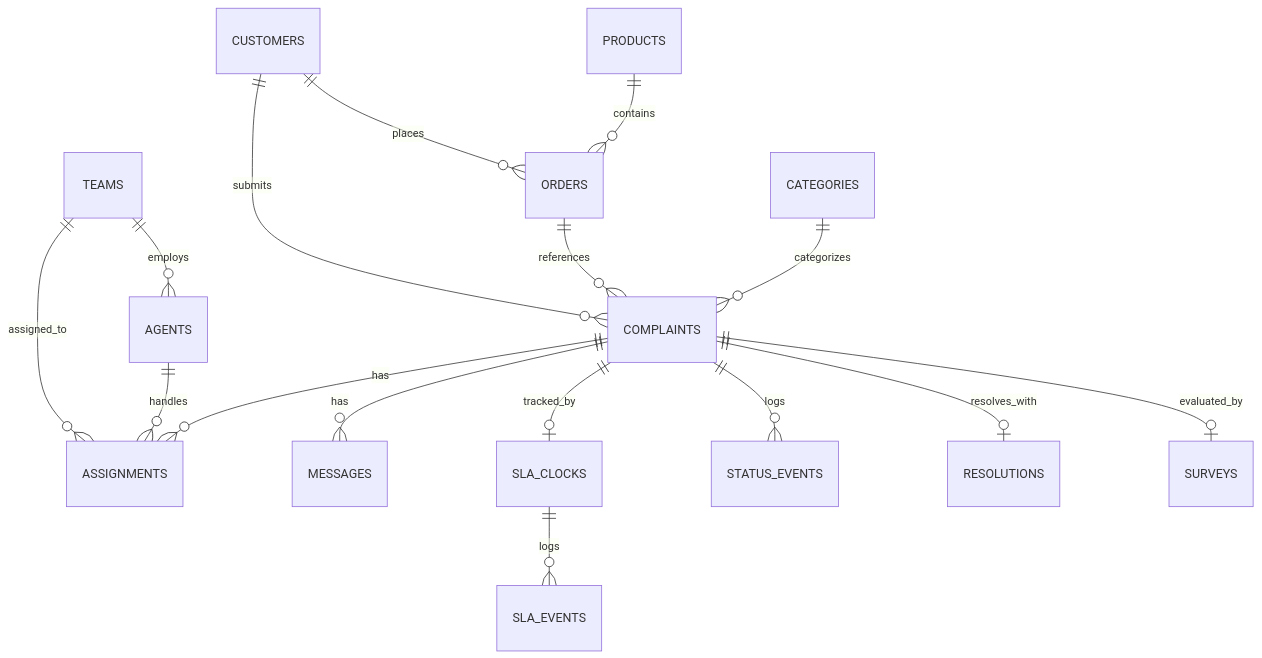
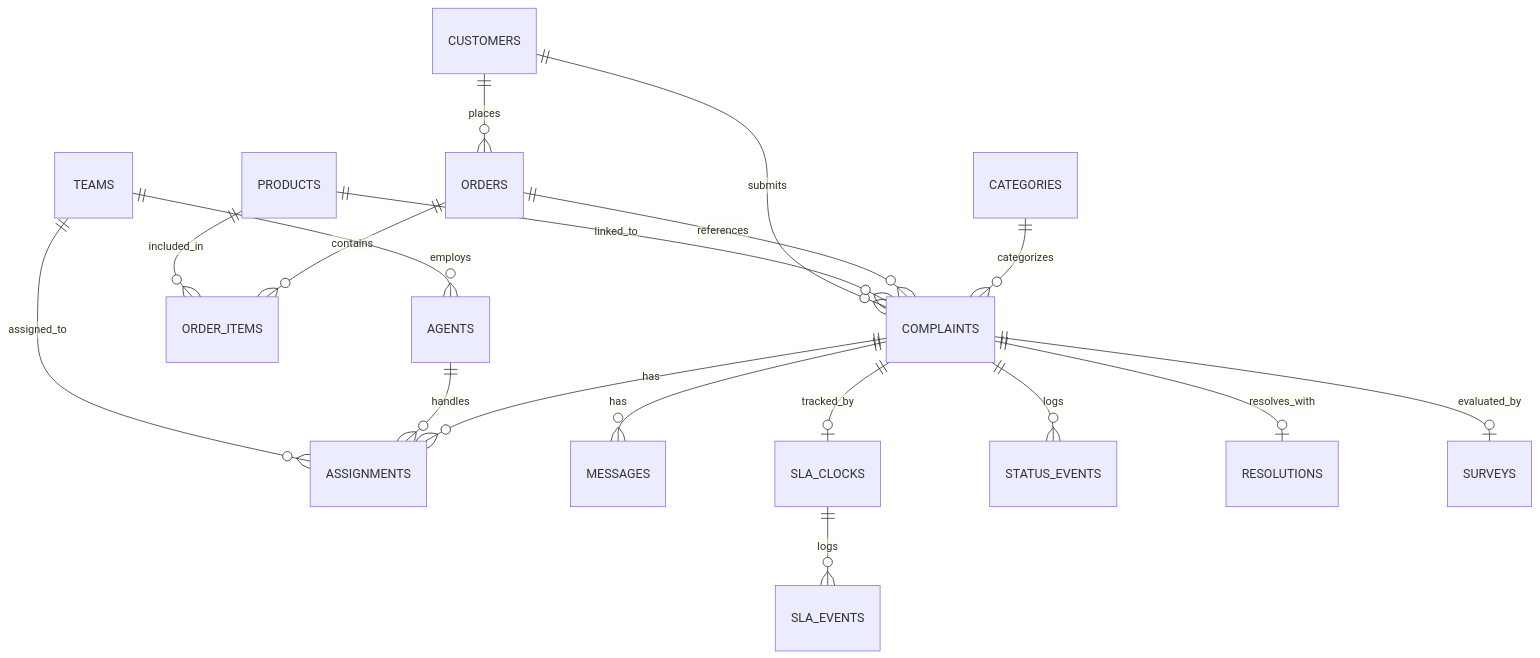
Before and after one commit to raghu-122/Complaint_Intelligence_Platform: the second of 2 diagrams in README.md, drawn with Mermaid. The commit also changed other lines of this file and 24 other files, not shown here.

````diff
--- a/README.md
+++ b/README.md
@@ -144,18 +144,20 @@
 ```mermaid
 erDiagram
     CUSTOMERS ||--o{ ORDERS : places
     CUSTOMERS ||--o{ COMPLAINTS : submits
-    PRODUCTS ||--o{ ORDERS : contains
+    PRODUCTS ||--o{ ORDER_ITEMS : included_in
+    PRODUCTS ||--o{ COMPLAINTS : linked_to
+    ORDERS ||--o{ ORDER_ITEMS : contains
     ORDERS ||--o{ COMPLAINTS : references
     CATEGORIES ||--o{ COMPLAINTS : categorizes
     TEAMS ||--o{ AGENTS : employs
     TEAMS ||--o{ ASSIGNMENTS : assigned_to
     AGENTS ||--o{ ASSIGNMENTS : handles
     COMPLAINTS ||--o{ MESSAGES : has
     COMPLAINTS ||--o{ ASSIGNMENTS : has
     COMPLAINTS ||--o| SLA_CLOCKS : tracked_by
     SLA_CLOCKS ||--o{ SLA_EVENTS : logs
     COMPLAINTS ||--o{ STATUS_EVENTS : logs
     COMPLAINTS ||--o| RESOLUTIONS : resolves_with
     COMPLAINTS ||--o| SURVEYS : evaluated_by
 ```
````
